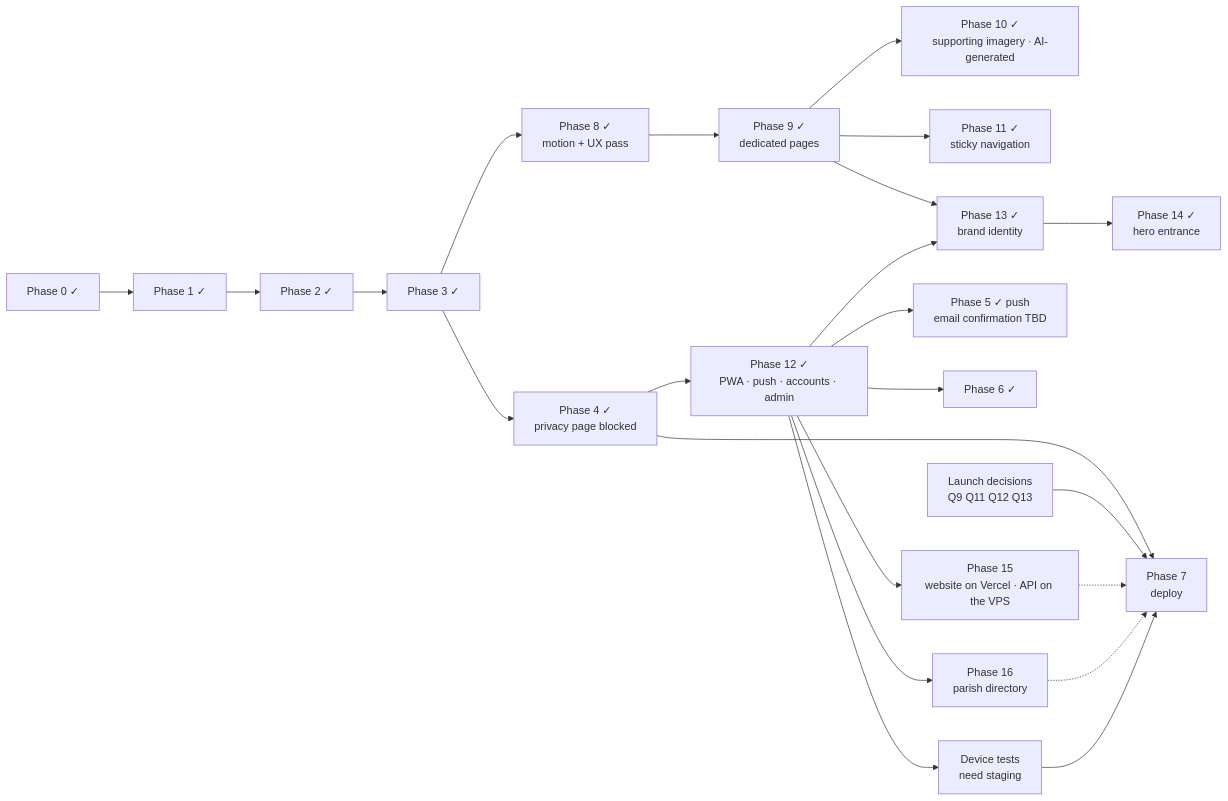
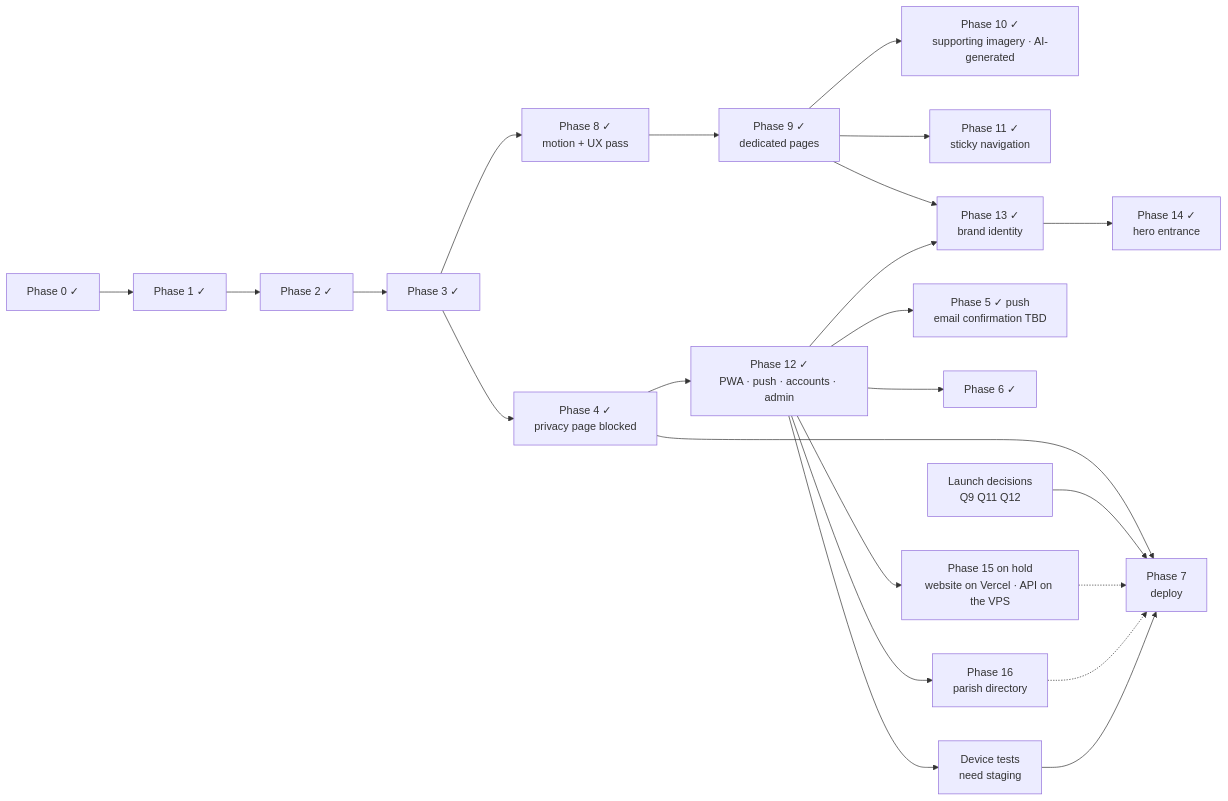
Before and after one commit to E310-Tech-Team/nyaya-sop: the diagram in docs/06-Implementation-Plan.md, drawn with Mermaid. The commit also changed other lines of this file and 9 other files, not shown here.

````diff
--- a/docs/06-Implementation-Plan.md
+++ b/docs/06-Implementation-Plan.md
@@ -305,25 +305,25 @@
 ```mermaid
 flowchart LR
     P0[Phase 0 ✓] --> P1[Phase 1 ✓]
     P1 --> P2[Phase 2 ✓]
     P2 --> P3[Phase 3 ✓]
     P3 --> P4[Phase 4 ✓<br/>privacy page blocked]
     P3 --> P8[Phase 8 ✓<br/>motion + UX pass]
     P8 --> P9[Phase 9 ✓<br/>dedicated pages]
     P9 --> P10[Phase 10 ✓<br/>supporting imagery · AI-generated]
     P9 --> P11[Phase 11 ✓<br/>sticky navigation]
     P4 --> P7[Phase 7<br/>deploy]
-    Q[Launch decisions<br/>Q9 Q11 Q12 Q13] --> P7
+    Q[Launch decisions<br/>Q9 Q11 Q12] --> P7
     P4 --> P12[Phase 12 ✓<br/>PWA · push · accounts · admin]
     P12 --> P5[Phase 5 ✓ push<br/>email confirmation TBD]
     P12 --> P6[Phase 6 ✓]
     P12 --> DEV[Device tests<br/>need staging]
     P9 --> P13[Phase 13 ✓<br/>brand identity]
     P12 --> P13
     P13 --> P14[Phase 14 ✓<br/>hero entrance]
-    P12 --> P15[Phase 15<br/>website on Vercel · API on the VPS]
+    P12 --> P15[Phase 15 on hold<br/>website on Vercel · API on the VPS]
     P15 -.-> P7
     P12 --> P16[Phase 16<br/>parish directory]
     P16 -.-> P7
     DEV --> P7
 ```
````
